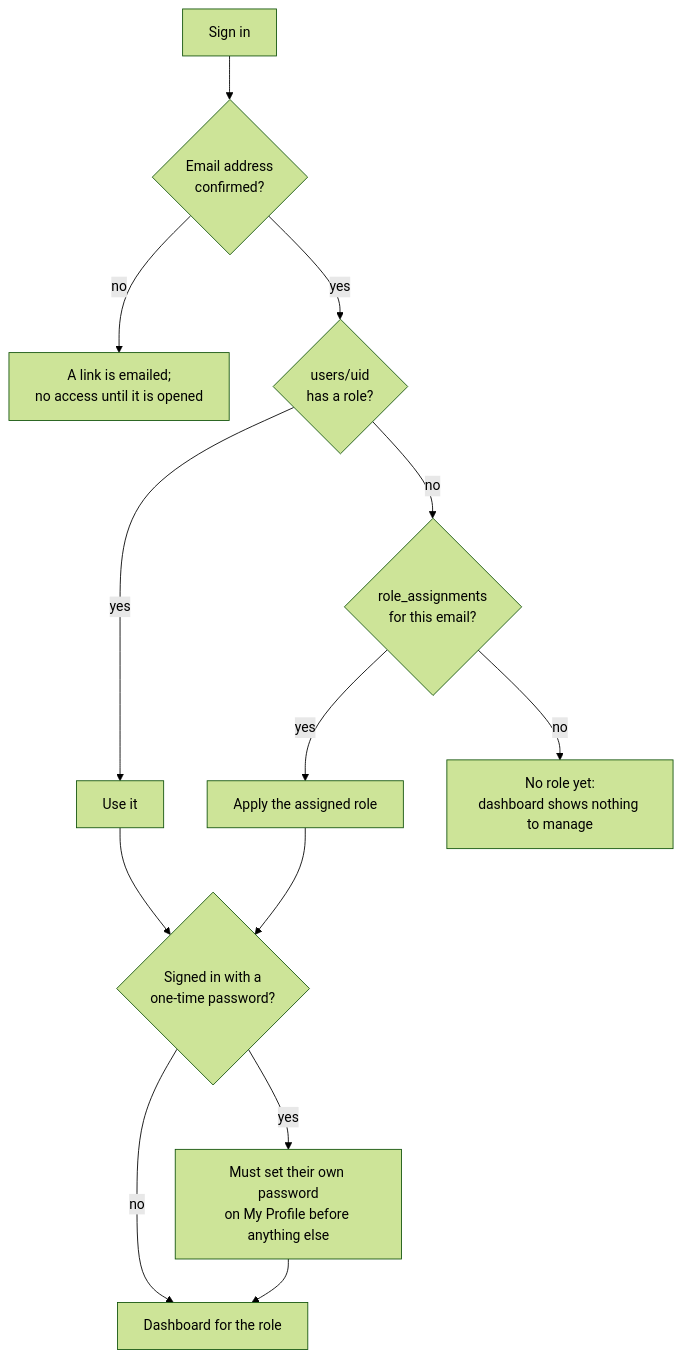
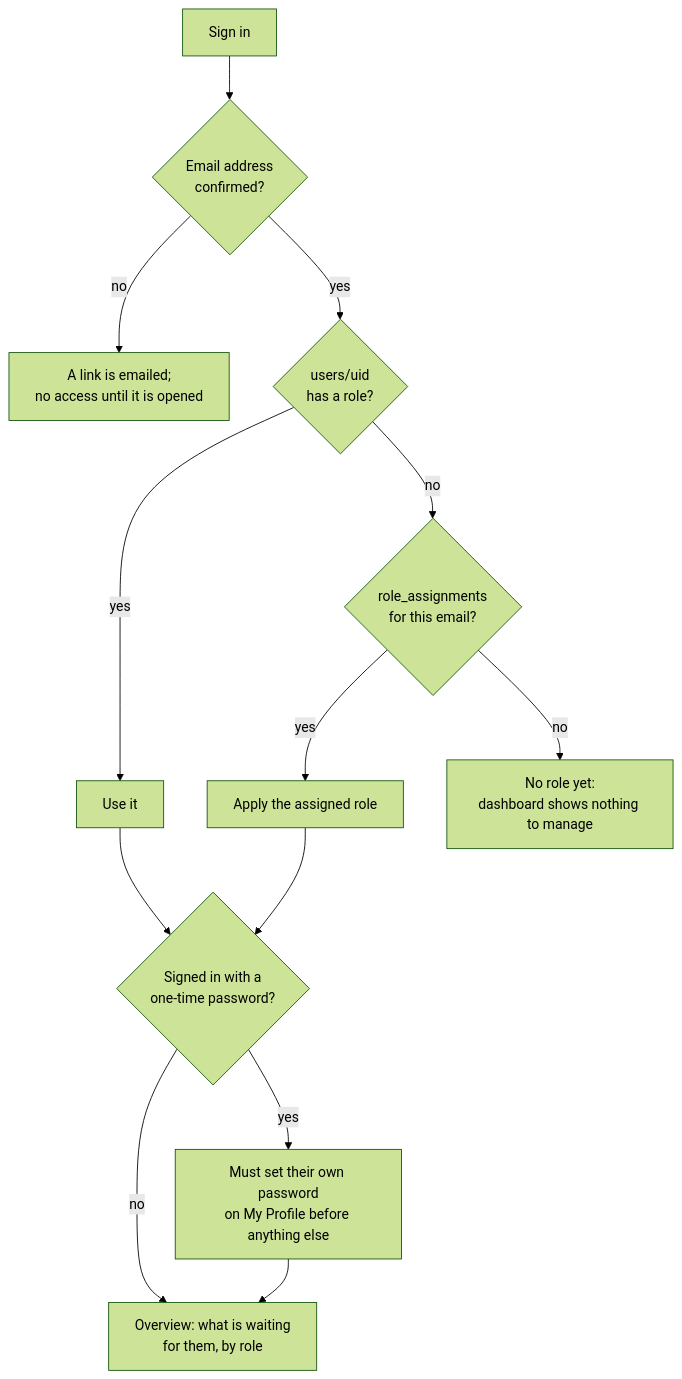
One commit to The-Dark-Ranger/Jeddah-Hub changed the third of 12 diagrams in docs/HOW-IT-WORKS.md. Above: the diagram before and after it, drawn with Mermaid (forest theme). The commit also changed other lines of this file and 25 other files, not shown here.

````diff
--- a/docs/HOW-IT-WORKS.md
+++ b/docs/HOW-IT-WORKS.md
@@ -114,15 +114,15 @@
 ```mermaid
 flowchart TD
     S[Sign in] --> E{Email address<br/>confirmed?}
     E -->|no| L[A link is emailed;<br/>no access until it is opened]
     E -->|yes| U{users/uid<br/>has a role?}
     U -->|yes| R[Use it]
     U -->|no| A{role_assignments<br/>for this email?}
     A -->|yes| R2[Apply the assigned role]
     A -->|no| N[No role yet:<br/>dashboard shows nothing to manage]
     R --> PW{Signed in with a<br/>one-time password?}
     R2 --> PW
     PW -->|yes| B[Must set their own password<br/>on My Profile before anything else]
-    PW -->|no| D[Dashboard for the role]
+    PW -->|no| D[Overview: what is waiting<br/>for them, by role]
     B --> D
 ```
````
